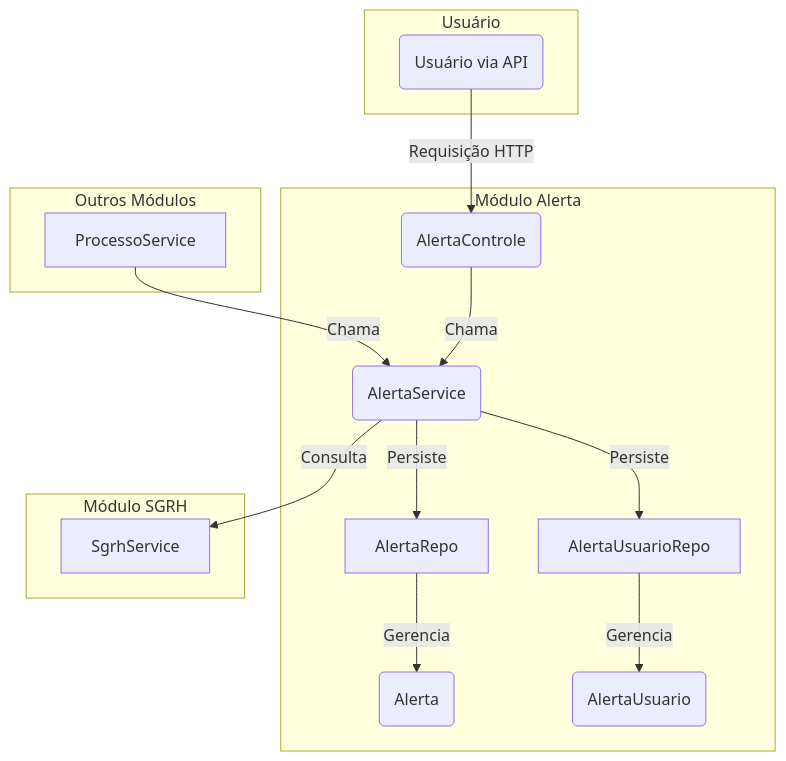
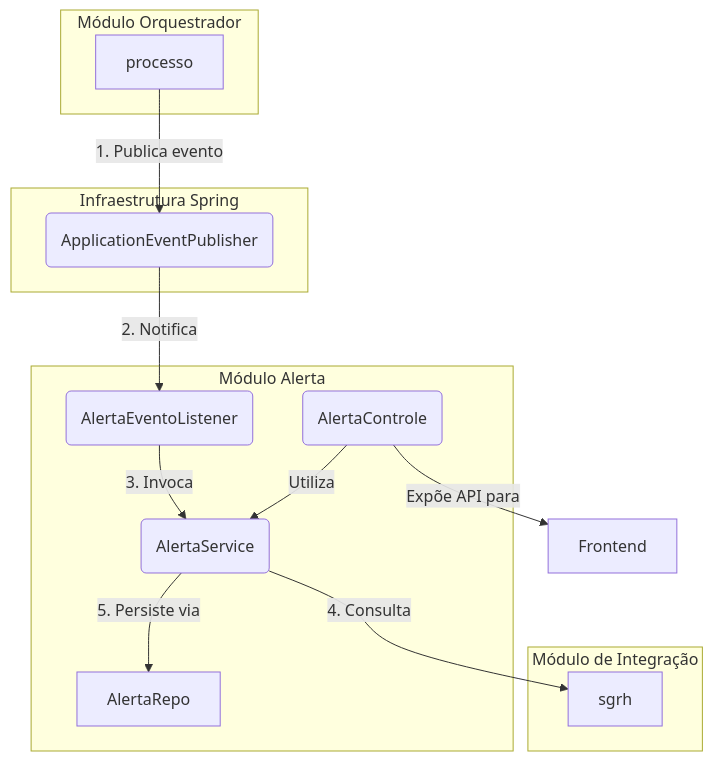
One commit to lgalvao/sgc changed the diagram in backend/src/main/java/sgc/alerta/README.md. Above: the diagram before and after it, drawn with Mermaid. The commit also changed other lines of this file and 12 other files, not shown here.

````diff
--- a/backend/src/main/java/sgc/alerta/README.md
+++ b/backend/src/main/java/sgc/alerta/README.md
@@ -45,32 +11,30 @@
 ```mermaid
 graph TD
-    subgraph "Outros Módulos"
-        A[ProcessoService]
+    subgraph "Módulo Orquestrador"
+        P[processo]
+    end
+
+    subgraph "Infraestrutura Spring"
+        EventBus(ApplicationEventPublisher)
     end
 
     subgraph "Módulo Alerta"
-        B(AlertaService)
-        C(AlertaControle)
-        D[AlertaRepo]
-        E[AlertaUsuarioRepo]
-        F(Alerta)
-        G(AlertaUsuario)
+        Listener(AlertaEventoListener)
+        Service(AlertaService)
+        Controle(AlertaControle)
+        Repo[AlertaRepo]
     end
 
-    subgraph "Módulo SGRH"
-        H[SgrhService]
+    subgraph "Módulo de Integração"
+        SGRH[sgrh]
     end
 
-    subgraph "Usuário"
-        U(Usuário via API)
-    end
+    P -- 1. Publica evento --> EventBus
+    EventBus -- 2. Notifica --> Listener
+    Listener -- 3. Invoca --> Service
+    Service -- 4. Consulta --> SGRH
+    Service -- 5. Persiste via --> Repo
 
-    A -- Chama --> B
-    B -- Consulta --> H
-    B -- Persiste --> D
-    B -- Persiste --> E
-    D -- Gerencia --> F
-    E -- Gerencia --> G
-    U -- Requisição HTTP --> C
-    C -- Chama --> B
+    Controle -- Expõe API para --> Frontend
+    Controle -- Utiliza --> Service
 ```
````
